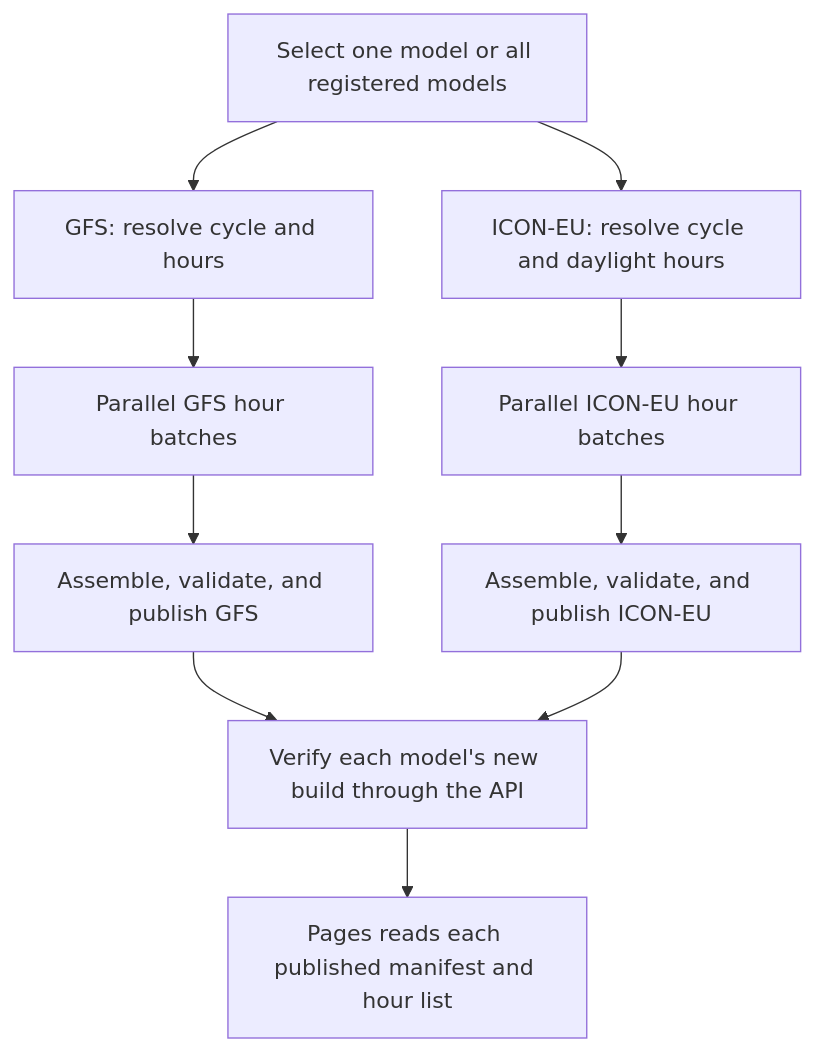
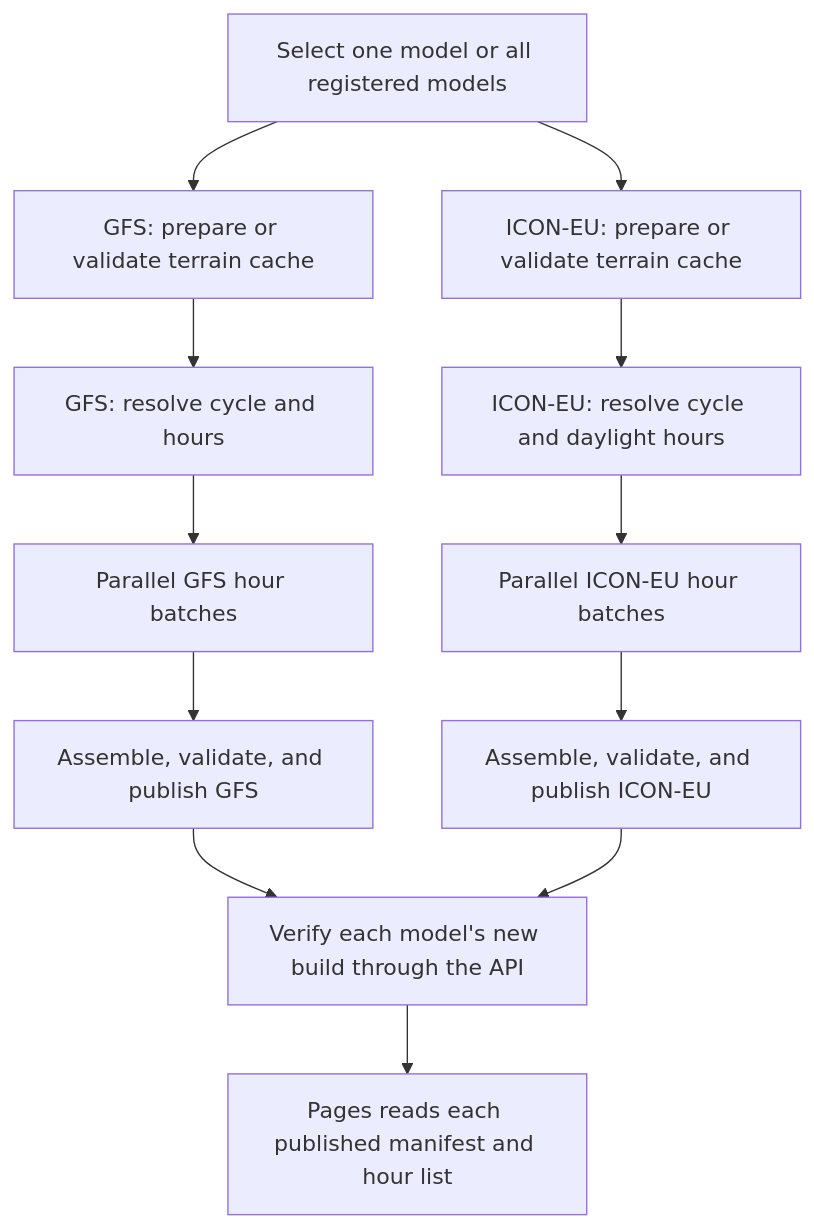
The diagram in apps/batch/README.md (jdorrance/av-layers), drawn with Mermaid before and after one commit. The commit also changed other lines of this file and 14 other files, not shown here.

Commit message:
Prepare reusable terrain before forecast planning

````diff
--- a/apps/batch/README.md
+++ b/apps/batch/README.md
@@ -61,13 +63,15 @@
 ```mermaid
 flowchart TB
   selection["Select one model or all registered models"]
-  selection --> gfs["GFS: resolve cycle and hours"]
-  selection --> icon["ICON-EU: resolve cycle and daylight hours"]
+  selection --> gfsTerrain["GFS: prepare or validate terrain cache"]
+  selection --> iconTerrain["ICON-EU: prepare or validate terrain cache"]
+  gfsTerrain --> gfs["GFS: resolve cycle and hours"]
+  iconTerrain --> icon["ICON-EU: resolve cycle and daylight hours"]
   gfs --> gfsBatches["Parallel GFS hour batches"]
   icon --> iconBatches["Parallel ICON-EU hour batches"]
   gfsBatches --> gfsPublish["Assemble, validate, and publish GFS"]
   iconBatches --> iconPublish["Assemble, validate, and publish ICON-EU"]
   gfsPublish --> api["Verify each model's new build through the API"]
   iconPublish --> api
   api --> pages["Pages reads each published manifest and hour list"]
 ```
````
